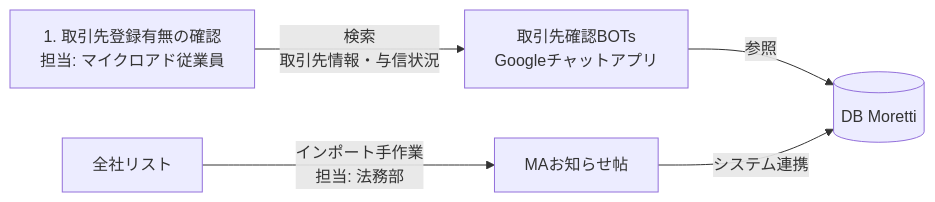
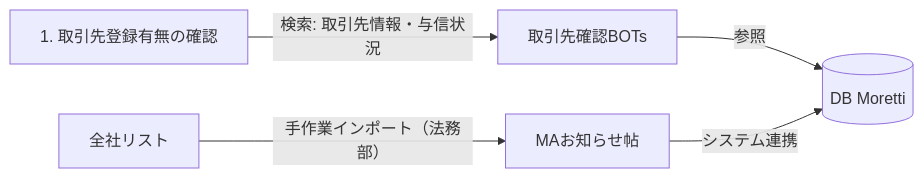
The ninth of 9 diagrams in README.md (rikuxxer/sample), drawn with Mermaid before and after one commit. The commit also changed other lines of this file, not shown here.

````diff
--- a/README.md
+++ b/README.md
@@ -1033,13 +1208,13 @@
 ```mermaid
 flowchart LR
-  Start["1. 取引先登録有無の確認\n担当: マイクロアド従業員"]
-  BOT["取引先確認BOTs\nGoogleチャットアプリ"]
+  Start["1. 取引先登録有無の確認"]
+  BOT["取引先確認BOTs"]
   Moretti[("DB Moretti")]
   ZenshaList["全社リスト"]
   MANotice["MAお知らせ帖"]
 
-  Start -->|"検索\n取引先情報・与信状況"| BOT
+  Start -->|"検索: 取引先情報・与信状況"| BOT
   BOT -->|"参照"| Moretti
-  ZenshaList -->|"インポート手作業\n担当: 法務部"| MANotice
+  ZenshaList -->|"手作業インポート（法務部）"| MANotice
   MANotice -->|"システム連携"| Moretti
 ```
````
